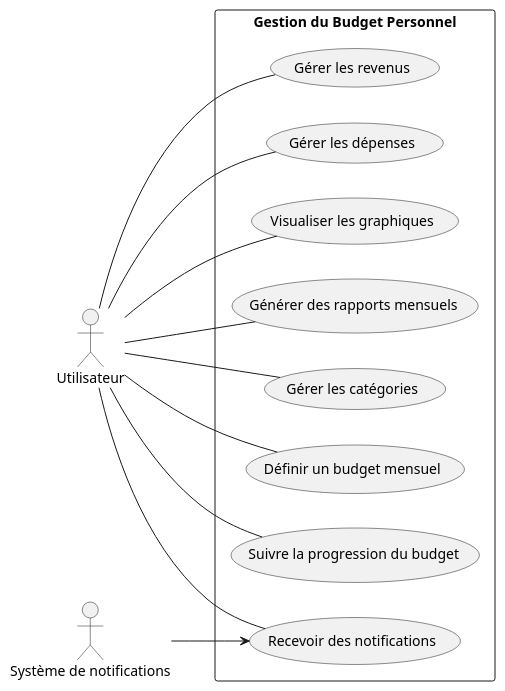
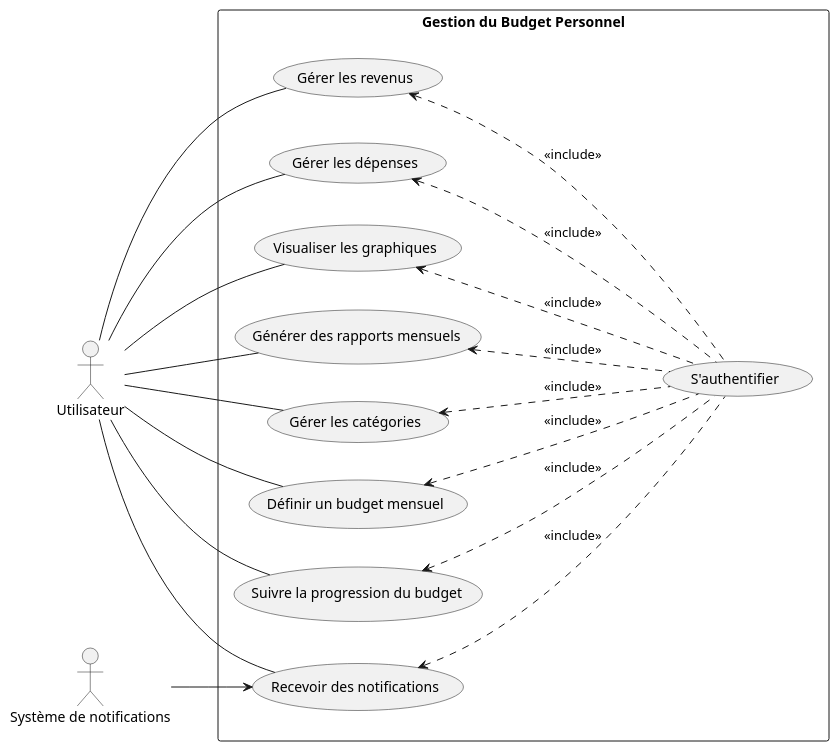
One commit to DevZakariaAz/Projet_fil_rouge changed the diagram in Analyse/Analyse.plantuml. Above: the diagram before and after it, drawn with PlantUML.

```diff
--- a/Analyse/Analyse.plantuml
+++ b/Analyse/Analyse.plantuml
@@ -1,22 +1,32 @@
 @startuml
 left to right direction
-actor Utilisateur
+
+actor "Utilisateur" as utilisateur
 
 rectangle "Gestion du Budget Personnel" {
-    Utilisateur -- (Gérer les revenus)
-    Utilisateur -- (Gérer les dépenses)
+    utilisateur -- (Gérer les revenus)
+    utilisateur -- (Gérer les dépenses)
     
-    Utilisateur -- (Visualiser les graphiques)
-    Utilisateur -- (Générer des rapports mensuels)
+    utilisateur -- (Visualiser les graphiques)
+    utilisateur -- (Générer des rapports mensuels)
     
-    Utilisateur -- (Gérer les catégories)
+    utilisateur -- (Gérer les catégories)
     
-    Utilisateur -- (Définir un budget mensuel)
-    Utilisateur -- (Suivre la progression du budget)
+    utilisateur -- (Définir un budget mensuel)
+    utilisateur -- (Suivre la progression du budget)
     
-    Utilisateur -- (Recevoir des notifications)
+    utilisateur -- (Recevoir des notifications)
+    
+    (Gérer les revenus) <... (S'authentifier) : <<include>>
+    (Gérer les dépenses) <... (S'authentifier) : <<include>>
+    (Visualiser les graphiques) <... (S'authentifier) : <<include>>
+    (Générer des rapports mensuels) <... (S'authentifier) : <<include>>
+    (Gérer les catégories) <... (S'authentifier) : <<include>>
+    (Définir un budget mensuel) <... (S'authentifier) : <<include>>
+    (Suivre la progression du budget) <... (S'authentifier) : <<include>>
+    (Recevoir des notifications) <... (S'authentifier) : <<include>>
 }
-
 actor "Système de notifications" as Systeme
 Systeme --> (Recevoir des notifications)
+
 @enduml
```
